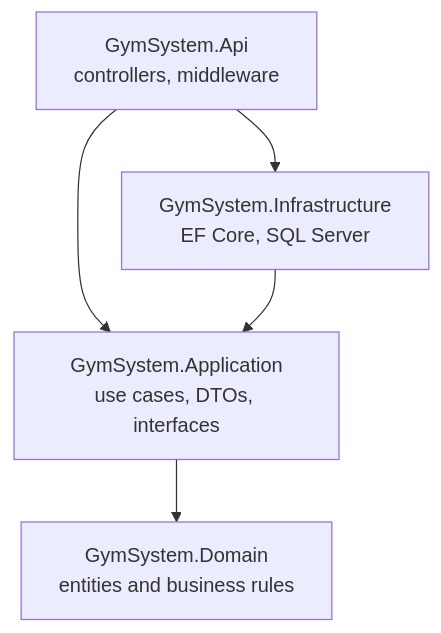
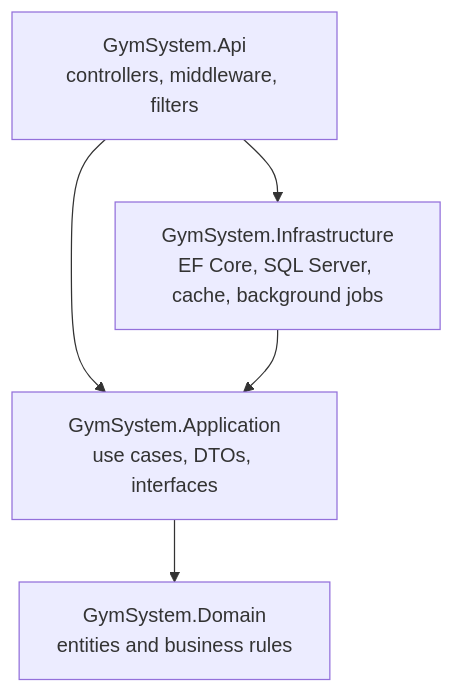
Before and after one commit to Othdu/GymSystem: the diagram in README.md, drawn with Mermaid. The commit also changed other lines of this file and 10 other files, not shown here.

````diff
--- a/README.md
+++ b/README.md
@@ -38,8 +56,8 @@
 ```mermaid
 flowchart TD
-    Api[GymSystem.Api<br/>controllers, middleware] --> Application
-    Infrastructure[GymSystem.Infrastructure<br/>EF Core, SQL Server] --> Application
+    Api[GymSystem.Api<br/>controllers, middleware, filters] --> Application
+    Infrastructure[GymSystem.Infrastructure<br/>EF Core, SQL Server, cache, background jobs] --> Application
     Api --> Infrastructure
     Application[GymSystem.Application<br/>use cases, DTOs, interfaces] --> Domain
     Domain[GymSystem.Domain<br/>entities and business rules]
 ```
````
